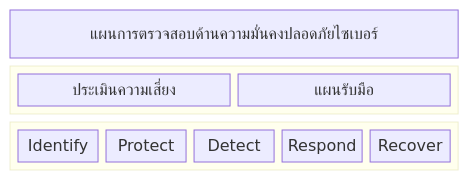
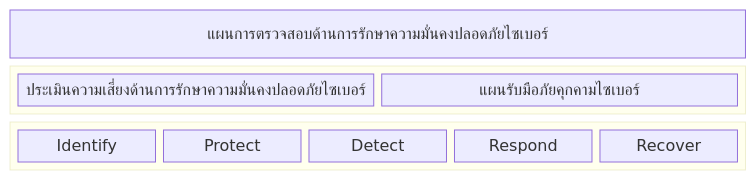
Before and after one commit to Kietpawpan/pdpa: the second of 10 diagrams in README.md, drawn with Mermaid.

````diff
--- a/README.md
+++ b/README.md
@@ -26,14 +26,14 @@
 ```mermaid
 block-beta
   columns 3
-  Z["แผนการตรวจสอบด้านความมั่นคงปลอดภัยไซเบอร์"]:3
+  Z["แผนการตรวจสอบด้านการรักษาความมั่นคงปลอดภัยไซเบอร์"]:3
   block:group1:3
   %% columns auto (default)
-    ประเมินความเสี่ยง
-    แผนรับมือ
+    ประเมินความเสี่ยงด้านการรักษาความมั่นคงปลอดภัยไซเบอร์
+    แผนรับมือภัยคุกคามไซเบอร์
  end
   block:group2:3
     %% columns auto (default)
     Identify Protect Detect Respond Recover
 end
 ```
````
